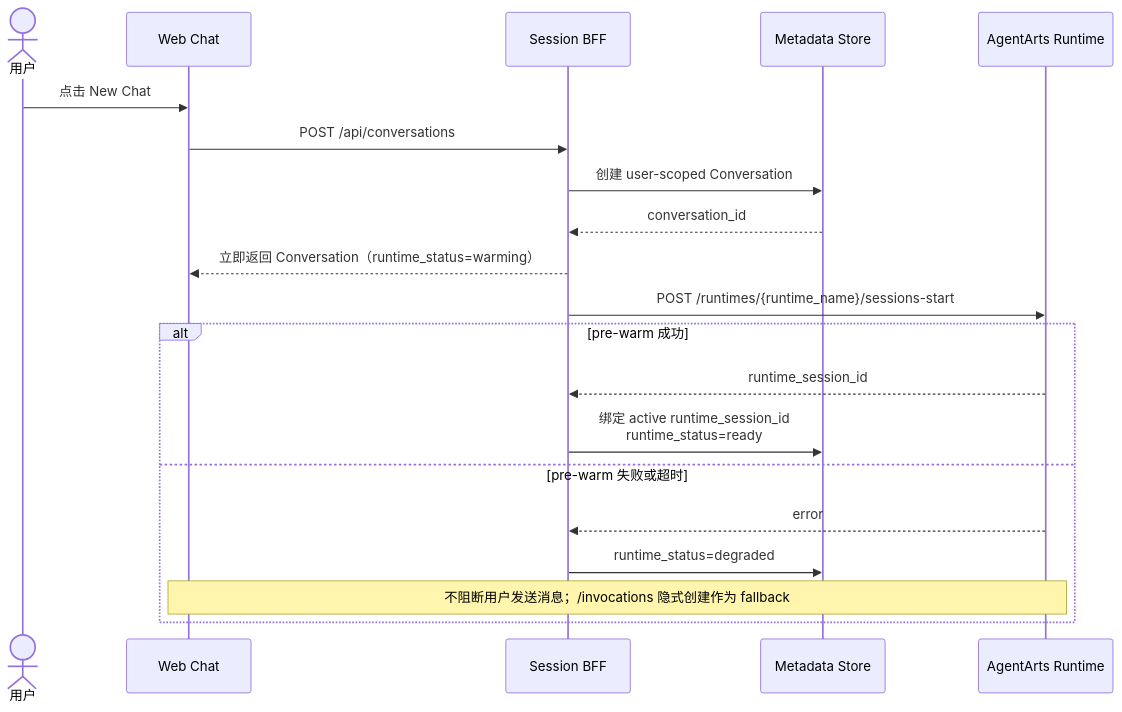
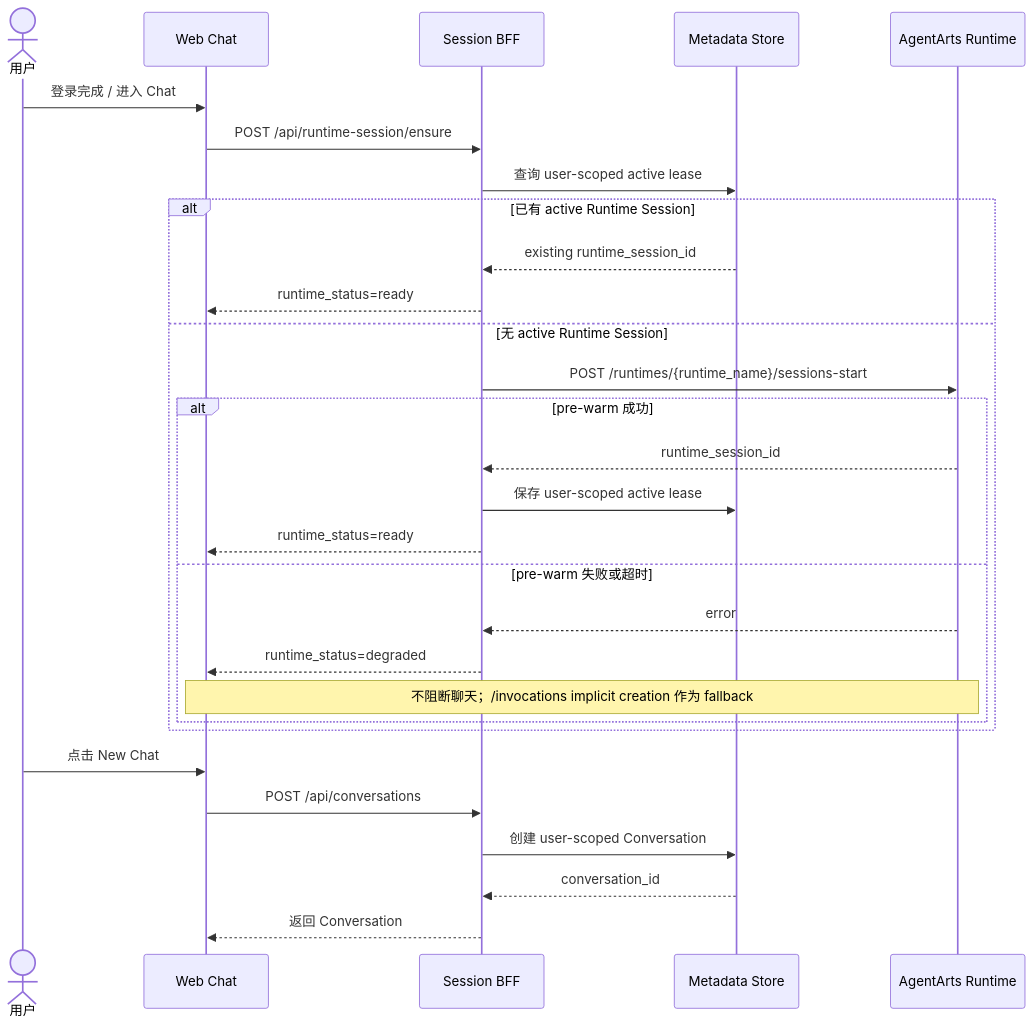
The sixth of 7 diagrams in personal-assistant-meta/issues/features/backlog/feature-14-multi-session-runtime-prewarm/issue.md (T-1009/personal-assistant), drawn with Mermaid before and after one commit. The commit also changed other lines of this file and 18 other files, not shown here.

````diff
--- a/personal-assistant-meta/issues/features/backlog/feature-14-multi-session-runtime-prewarm/issue.md
+++ b/personal-assistant-meta/issues/features/backlog/feature-14-multi-session-runtime-prewarm/issue.md
@@ -419,23 +459,33 @@
 ```mermaid
 sequenceDiagram
     actor User as 用户
     participant UI as Web Chat
     participant BFF as Session BFF
     participant Store as Metadata Store
     participant AA as AgentArts Runtime
 
+    User->>UI: 登录完成 / 进入 Chat
+    UI->>BFF: POST /api/runtime-session/ensure
+    BFF->>Store: 查询 user-scoped active lease
+    alt 已有 active Runtime Session
+        Store-->>BFF: existing runtime_session_id
+        BFF-->>UI: runtime_status=ready
+    else 无 active Runtime Session
+        BFF->>AA: POST /runtimes/{runtime_name}/sessions-start
+        alt pre-warm 成功
+            AA-->>BFF: runtime_session_id
+            BFF->>Store: 保存 user-scoped active lease
+            BFF-->>UI: runtime_status=ready
+        else pre-warm 失败或超时
+            AA-->>BFF: error
+            BFF-->>UI: runtime_status=degraded
+            Note over UI,AA: 不阻断聊天；/invocations implicit creation 作为 fallback
+        end
+    end
+
     User->>UI: 点击 New Chat
     UI->>BFF: POST /api/conversations
     BFF->>Store: 创建 user-scoped Conversation
     Store-->>BFF: conversation_id
-    BFF-->>UI: 立即返回 Conversation（runtime_status=warming）
-    BFF->>AA: POST /runtimes/{runtime_name}/sessions-start
-    alt pre-warm 成功
-        AA-->>BFF: runtime_session_id
-        BFF->>Store: 绑定 active runtime_session_id<br/>runtime_status=ready
-    else pre-warm 失败或超时
-        AA-->>BFF: error
-        BFF->>Store: runtime_status=degraded
-        Note over UI,AA: 不阻断用户发送消息；/invocations 隐式创建作为 fallback
-    end
+    BFF-->>UI: 返回 Conversation
 ```
````
